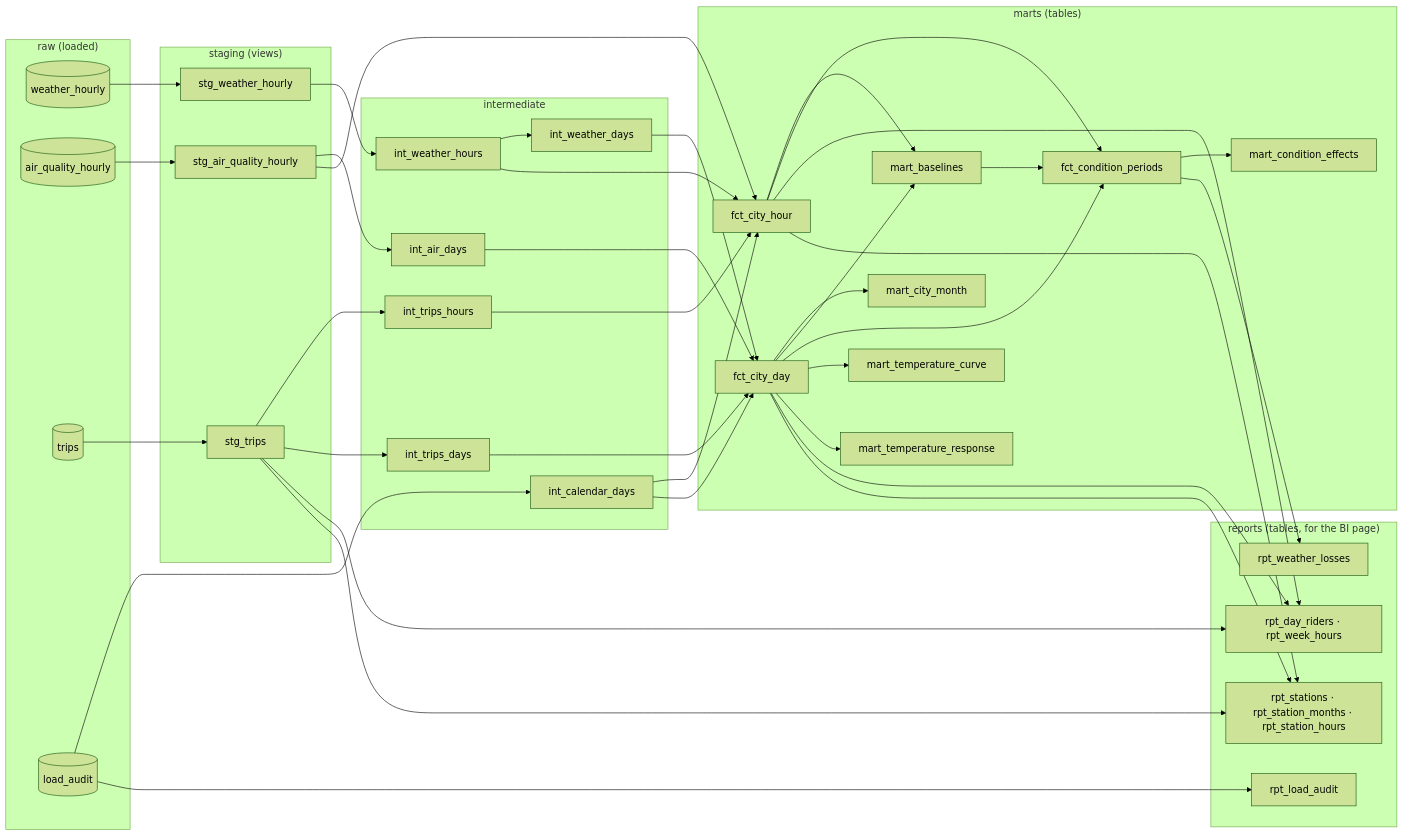
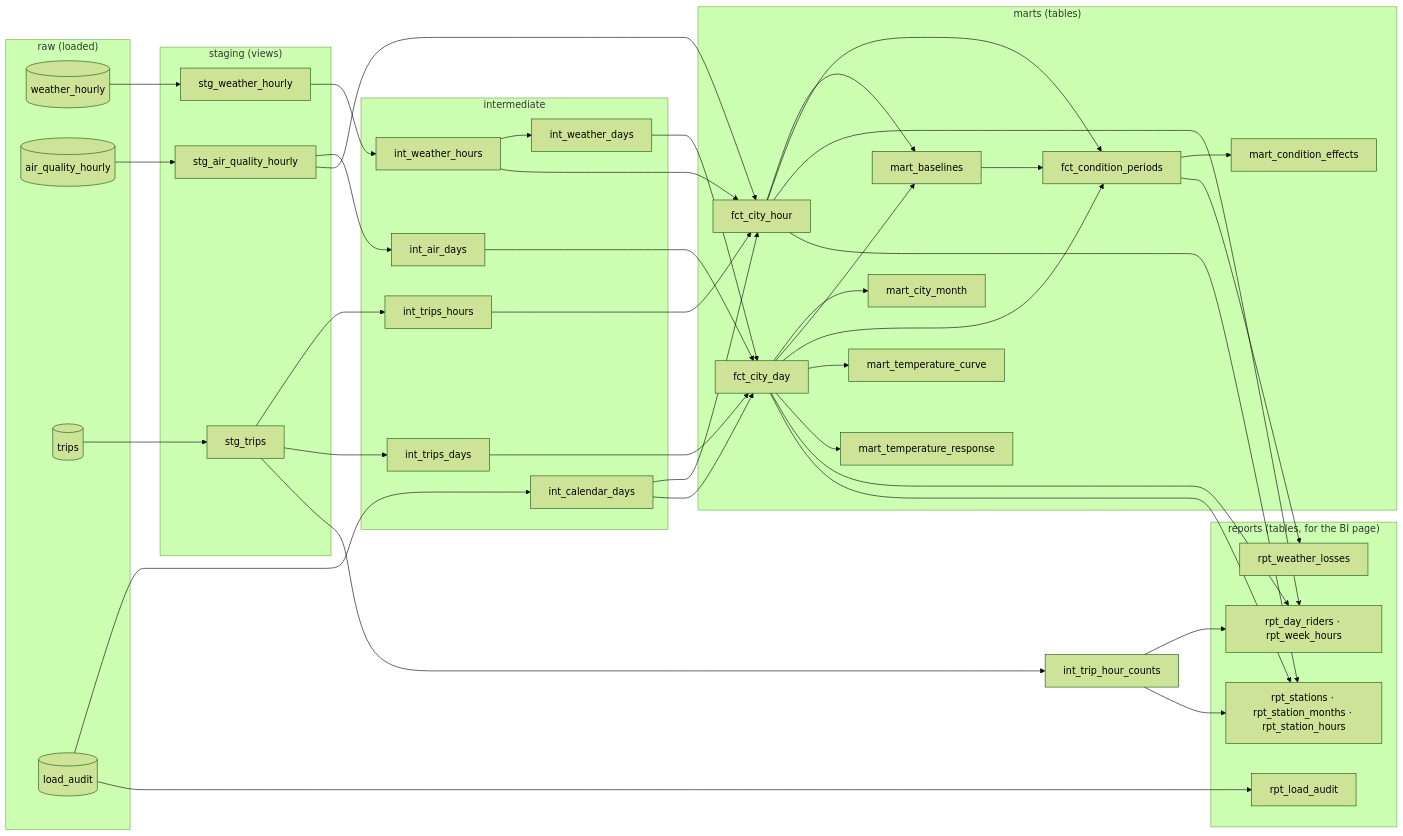
One commit to TomasRipsky/CityPulse_Analytics changed the second of 3 diagrams in docs/guide.md. Above: the diagram before and after it, drawn with Mermaid (forest theme). The commit also changed 14 other files, not shown here.

````diff
--- a/docs/guide.md
+++ b/docs/guide.md
@@ -540,51 +540,52 @@
 ```mermaid
 flowchart LR
   subgraph raw["raw (loaded)"]
     w[(weather_hourly)]
     a[(air_quality_hourly)]
     t[(trips)]
     la[(load_audit)]
   end
   subgraph stg["staging (views)"]
     sw[stg_weather_hourly]
     sa[stg_air_quality_hourly]
     st[stg_trips]
   end
   subgraph int["intermediate"]
     iwh[int_weather_hours]
     iwd[int_weather_days]
     iad[int_air_days]
     ith[int_trips_hours]
     itd[int_trips_days]
     cal[int_calendar_days]
   end
   subgraph marts["marts (tables)"]
     fh[fct_city_hour]
     fd[fct_city_day]
     m[mart_city_month]
     base[mart_baselines]
     cp[fct_condition_periods]
     ce[mart_condition_effects]
     tc[mart_temperature_curve]
     tr[mart_temperature_response]
   end
   w --> sw --> iwh --> iwd
   a --> sa --> iad
   t --> st --> ith & itd
   la --> cal
   iwh & ith & cal & sa --> fh
   cal & iwd & iad & itd --> fd
   fd --> m
   fh & fd --> base --> cp --> ce
   fh & fd --> cp
   fd --> tc & tr
   subgraph rpt["reports (tables, for the BI page)"]
     r1[rpt_day_riders · rpt_week_hours]
     r2[rpt_stations · rpt_station_months · rpt_station_hours]
     r3[rpt_weather_losses]
     r4[rpt_load_audit]
   end
-  st & fd & fh --> r1 & r2
+  st --> ihc[int_trip_hour_counts] --> r1 & r2
+  fd & fh --> r1 & r2
   cp --> r3
   la --> r4
 ```
````
